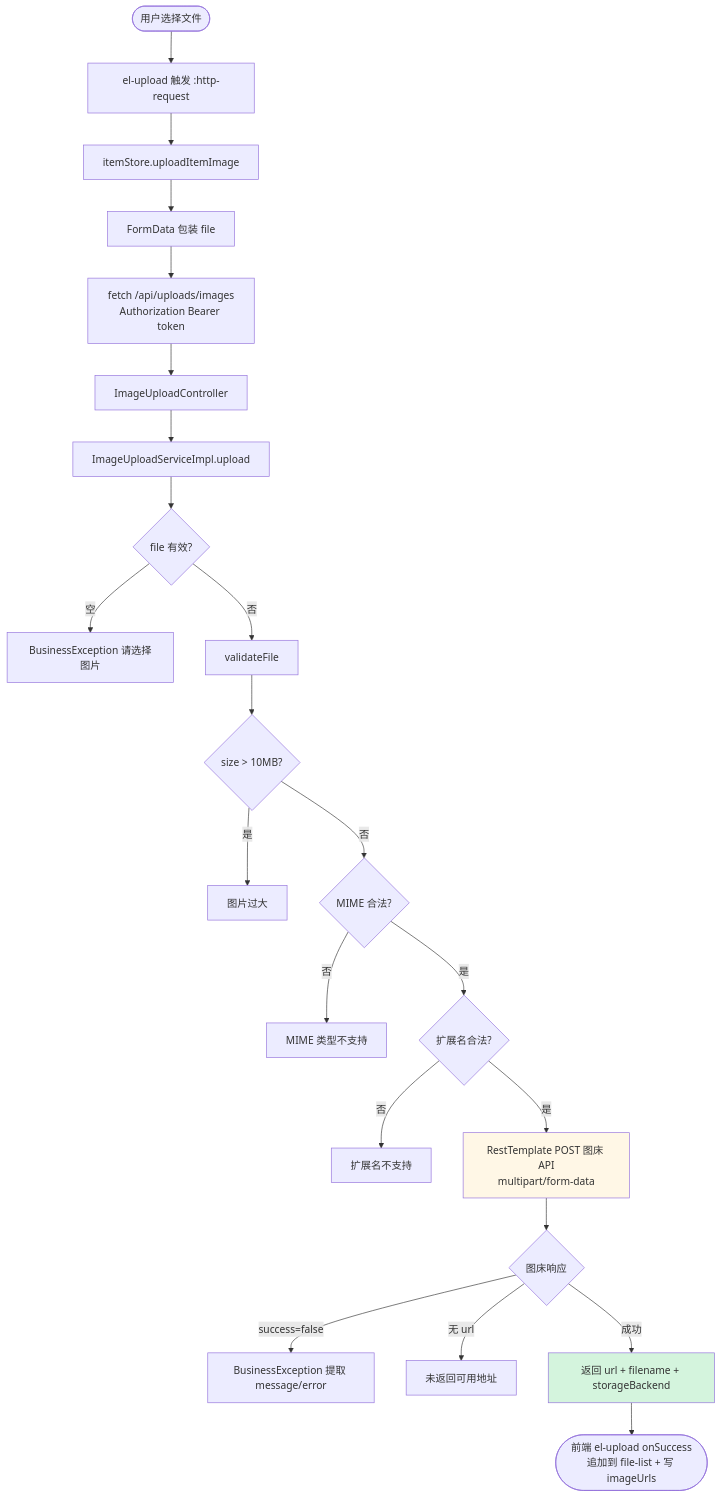
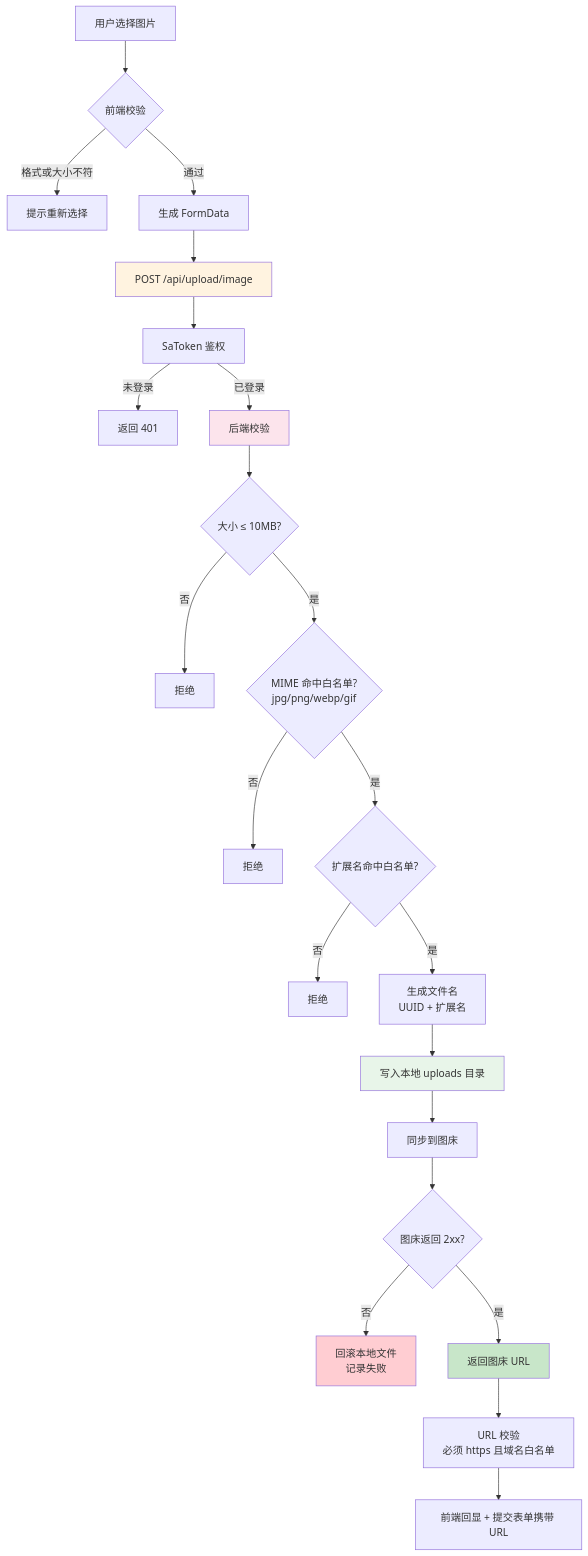
Before and after one commit to zwj-3193655211/campus-LostandFound: diagram 16 of 29 in docs/项目图表.md, drawn with Mermaid. The commit also changed other lines of this file and 51 other files, not shown here.

````diff
--- a/docs/项目图表.md
+++ b/docs/项目图表.md
@@ -647,26 +791,31 @@
 ```mermaid
 flowchart TD
-    A([用户选择文件]) --> B[el-upload 触发 :http-request]
-    B --> C[itemStore.uploadItemImage]
-    C --> D[FormData 包装 file]
-    D --> E[fetch /api/uploads/images<br/>Authorization Bearer token]
-    E --> F[ImageUploadController]
-    F --> G[ImageUploadServiceImpl.upload]
-    G --> H{file 有效?}
-    H -->|空| H1[BusinessException 请选择图片]
-    H -->|否| I[validateFile]
-    I --> I1{size > 10MB?}
-    I1 -->|是| I2[图片过大]
-    I1 -->|否| I3{MIME 合法?}
-    I3 -->|否| I4[MIME 类型不支持]
-    I3 -->|是| I5{扩展名合法?}
-    I5 -->|否| I6[扩展名不支持]
-    I5 -->|是| J[RestTemplate POST 图床 API<br/>multipart/form-data]
-    J --> K{图床响应}
-    K -->|success=false| K1[BusinessException 提取 message/error]
-    K -->|无 url| K2[未返回可用地址]
-    K -->|成功| L[返回 url + filename + storageBackend]
-    L --> M([前端 el-upload onSuccess<br/>追加到 file-list + 写 imageUrls])
-    style J fill:#fff7e6
-    style L fill:#d4f4dd
+    A[用户选择图片] --> B{前端校验}
+    B -->|格式或大小不符| C[提示重新选择]
+    B -->|通过| D[生成 FormData]
+
+    D --> E[POST /api/upload/image]
+    E --> F[SaToken 鉴权]
+    F -->|未登录| F1[返回 401]
+    F -->|已登录| G[后端校验]
+    G --> G1{大小 ≤ 10MB?}
+    G1 -->|否| G2[拒绝]
+    G1 -->|是| G3{MIME 命中白名单?<br/>jpg/png/webp/gif}
+    G3 -->|否| G3a[拒绝]
+    G3 -->|是| G4{扩展名命中白名单?}
+    G4 -->|否| G4a[拒绝]
+    G4 -->|是| H[生成文件名<br/>UUID + 扩展名]
+    H --> I[写入本地 uploads 目录]
+    I --> I1[同步到图床]
+    I1 --> I2{图床返回 2xx?}
+    I2 -->|否| I3[回滚本地文件<br/>记录失败]
+    I2 -->|是| J[返回图床 URL]
+    J --> J1[URL 校验<br/>必须 https 且域名白名单]
+    J1 --> K[前端回显 + 提交表单携带 URL]
+
+    style E fill:#fff3e0
+    style G fill:#fce4ec
+    style I fill:#e8f5e9
+    style J fill:#c8e6c9
+    style I3 fill:#ffcdd2
 ```
````
